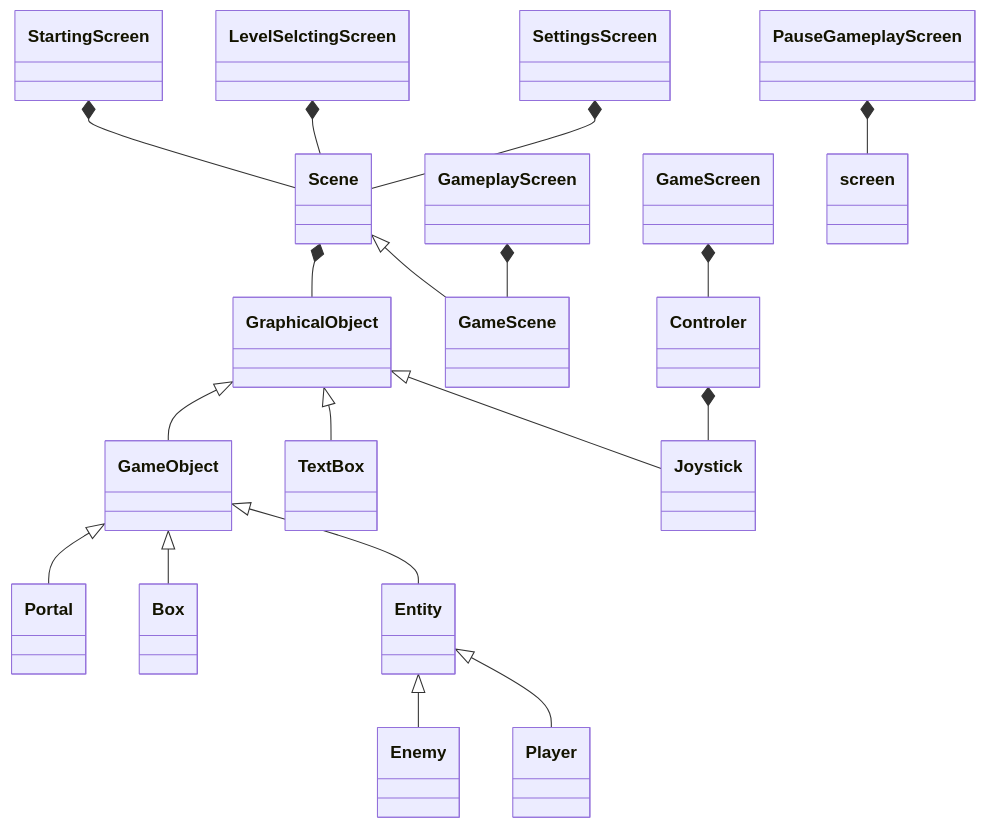
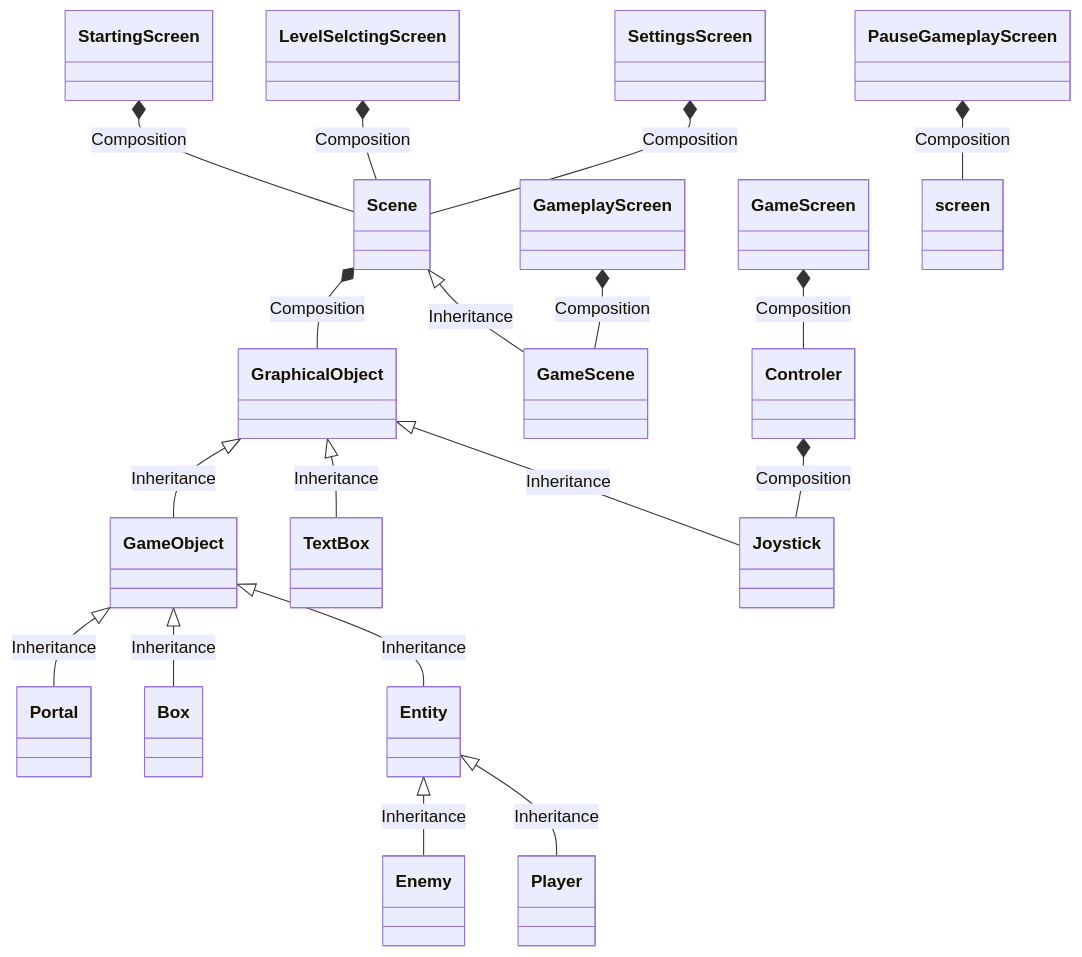
The diagram in planning_class_structure/README.md (dRoycon/HS_SoftwareEngineeringProject), drawn with Mermaid before and after one commit.

Commit message:
modified:   planning_class_structure/README.md

````diff
--- a/planning_class_structure/README.md
+++ b/planning_class_structure/README.md
@@ -3,29 +3,29 @@
 ``` mermaid
 classDiagram
-    GraphicalObject <|-- GameObject
-    GraphicalObject <|-- TextBox
-    GraphicalObject <|-- Joystick
+    GraphicalObject <|-- GameObject : Inheritance
+    GraphicalObject <|-- TextBox : Inheritance
+    GraphicalObject <|-- Joystick : Inheritance
 
-    GameObject <|-- Portal
-    GameObject <|-- Box
-    GameObject <|-- Entity
+    GameObject <|-- Portal : Inheritance
+    GameObject <|-- Box : Inheritance
+    GameObject <|-- Entity : Inheritance
 
-    Entity <|-- Enemy
-    Entity <|-- Player
+    Entity <|-- Enemy : Inheritance
+    Entity <|-- Player : Inheritance
 
-    Scene *-- GraphicalObject
-    Scene <|-- GameScene
+    Scene *-- GraphicalObject : Composition
+    Scene <|-- GameScene : Inheritance
 
-    Controler *-- Joystick
+    Controler *-- Joystick : Composition
 
-    GameplayScreen *-- GameScene
-    GameScreen *-- Controler
+    GameplayScreen *-- GameScene : Composition
+    GameScreen *-- Controler : Composition
 
-    StartingScreen *-- Scene
+    StartingScreen *-- Scene : Composition
 
-    LevelSelctingScreen *-- Scene
-    SettingsScreen *-- Scene
-    PauseGameplayScreen *-- screen
+    LevelSelctingScreen *-- Scene : Composition
+    SettingsScreen *-- Scene : Composition
+    PauseGameplayScreen *-- screen : Composition
 
 
 ```
````
